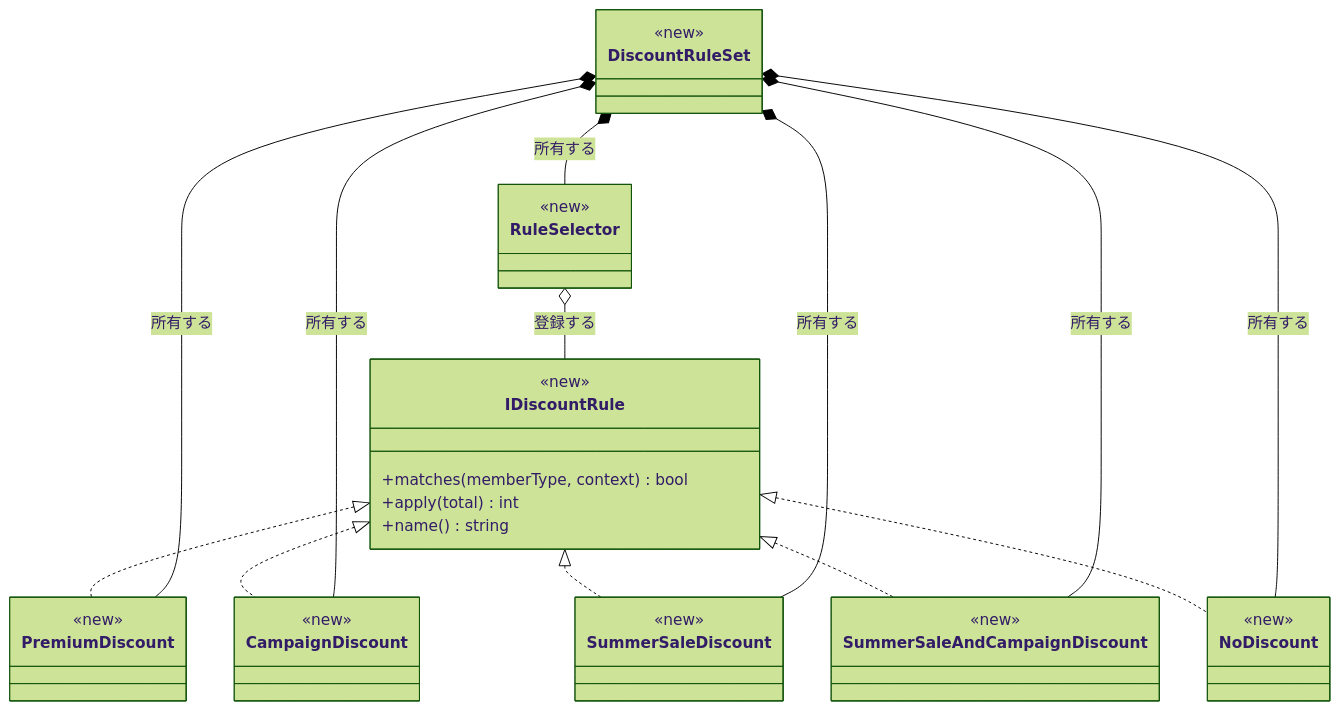
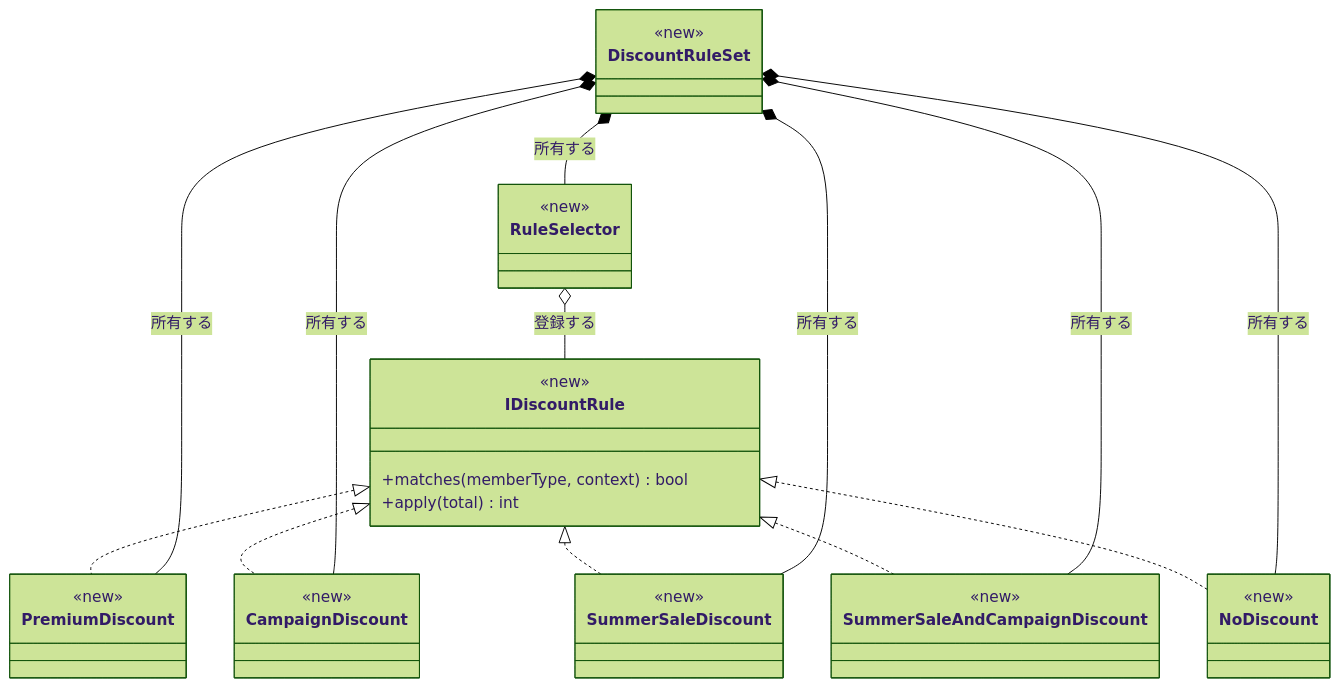
The ninth of 16 diagrams in kindle/design-patterns/books/volume01-core-patterns/output/03-chapter01.md (kumachan1101-pixel/DesignPattern), drawn with Mermaid (forest theme) before and after one commit. The commit also changed other lines of this file and 41 other files, not shown here.

````diff
--- a/kindle/design-patterns/books/volume01-core-patterns/output/03-chapter01.md
+++ b/kindle/design-patterns/books/volume01-core-patterns/output/03-chapter01.md
@@ -1981,44 +2000,43 @@
 ```mermaid
 classDiagram
     direction TB
     class IDiscountRule {
         <<new>>
         <<interface>>
         +matches(memberType, context) bool
         +apply(total) int
-        +name() string
     }
     class PremiumDiscount {
         <<new>>
     }
     class CampaignDiscount {
         <<new>>
     }
     class SummerSaleDiscount {
         <<new>>
     }
     class SummerSaleAndCampaignDiscount {
         <<new>>
     }
     class NoDiscount {
         <<new>>
     }
     class DiscountRuleSet {
         <<new>>
     }
     class RuleSelector {
         <<new>>
     }
     IDiscountRule <|.. PremiumDiscount
     IDiscountRule <|.. CampaignDiscount
     IDiscountRule <|.. SummerSaleDiscount
     IDiscountRule <|.. SummerSaleAndCampaignDiscount
     IDiscountRule <|.. NoDiscount
     DiscountRuleSet *-- PremiumDiscount : 所有する
     DiscountRuleSet *-- CampaignDiscount : 所有する
     DiscountRuleSet *-- SummerSaleDiscount : 所有する
     DiscountRuleSet *-- SummerSaleAndCampaignDiscount : 所有する
     DiscountRuleSet *-- NoDiscount : 所有する
     DiscountRuleSet *-- RuleSelector : 所有する
     RuleSelector o-- IDiscountRule : 登録する
 ```
````
